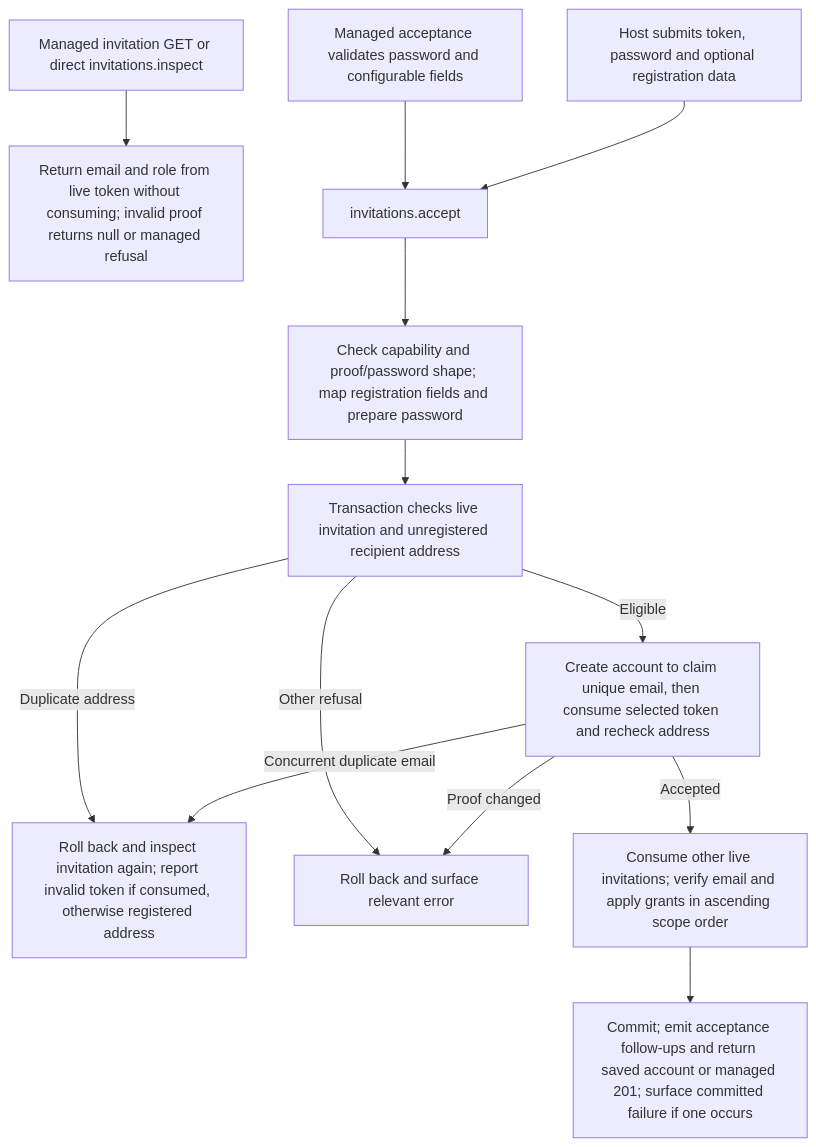
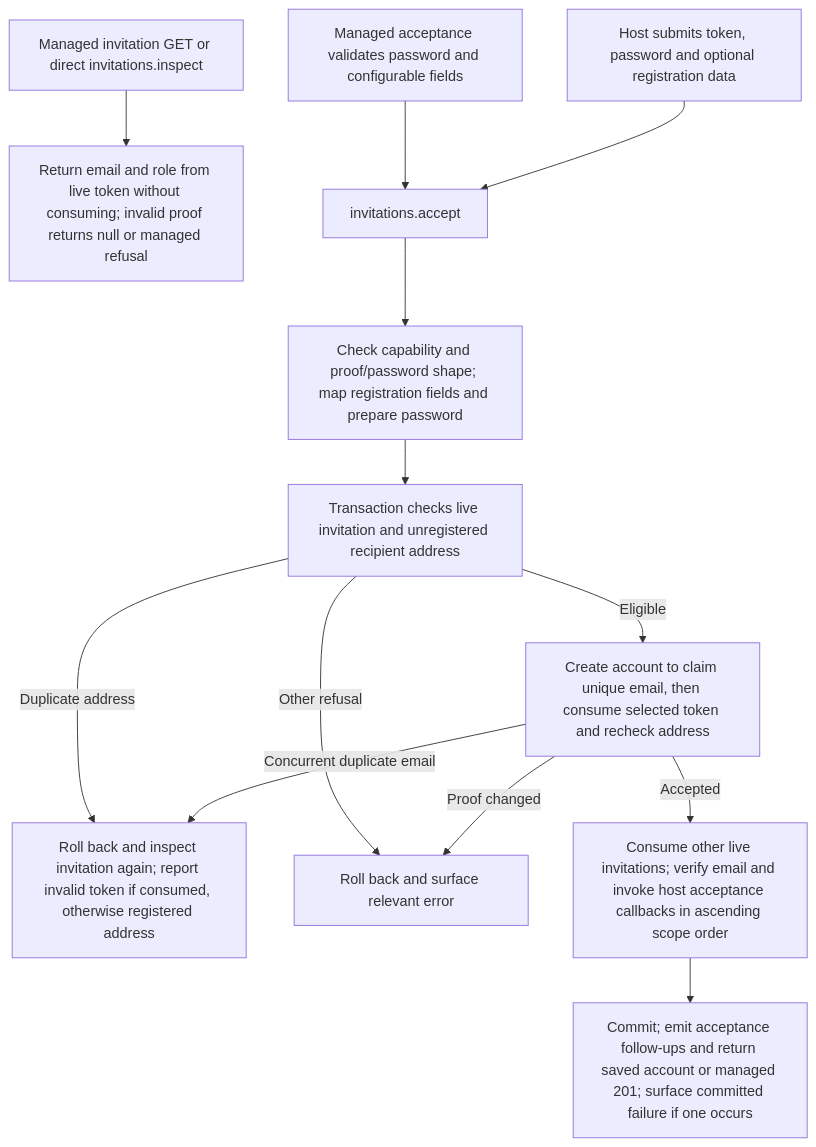
The second of 2 diagrams in user-stories/US-ACCOUNT-09-accept-invitation.md (Kevinjohn/oss-adonisjs-account-kit), drawn with Mermaid before and after one commit. The commit also changed 16 other files, not shown here.

````diff
--- a/user-stories/US-ACCOUNT-09-accept-invitation.md
+++ b/user-stories/US-ACCOUNT-09-accept-invitation.md
@@ -35,15 +35,15 @@
 ```mermaid
 flowchart TD
   P0["Managed invitation GET or direct invitations.inspect"] --> P1["Return email and role from live token without consuming; invalid proof returns null or managed refusal"]
   M["Managed acceptance validates password and configurable fields"] --> A["invitations.accept"]
   H0["Host submits token, password and optional registration data"] --> A
   A --> B["Check capability and proof/password shape; map registration fields and prepare password"]
   B --> C["Transaction checks live invitation and unregistered recipient address"]
   C -->|Duplicate address| Q["Roll back and inspect invitation again; report invalid token if consumed, otherwise registered address"]
   C -->|Other refusal| E["Roll back and surface relevant error"]
   C -->|Eligible| F["Create account to claim unique email, then consume selected token and recheck address"]
   F -->|Proof changed| E
-  F -->|Accepted| G["Consume other live invitations; verify email and apply grants in ascending scope order"]
+  F -->|Accepted| G["Consume other live invitations; verify email and invoke host acceptance callbacks in ascending scope order"]
   G --> H["Commit; emit acceptance follow-ups and return saved account or managed 201; surface committed failure if one occurs"]
   F -->|Concurrent duplicate email| Q
 ```
````
